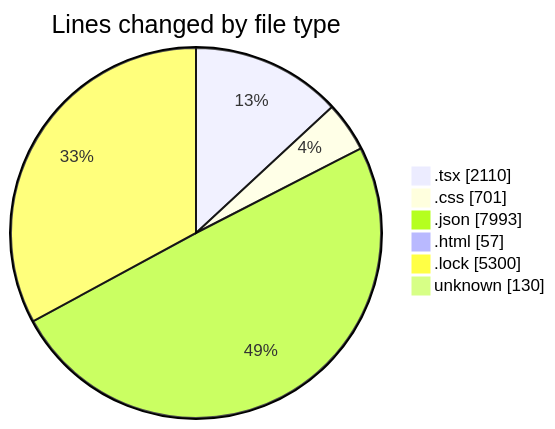
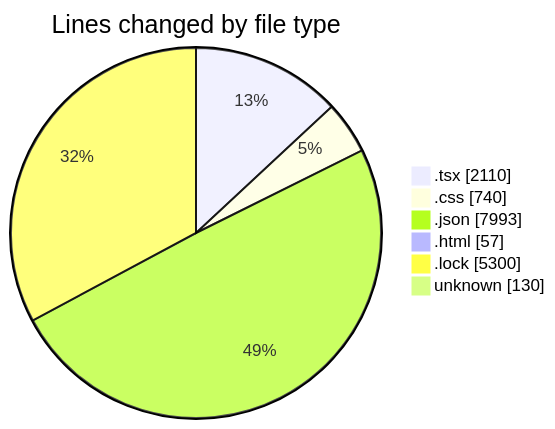
Before and after one commit to EIIisD/code-tracking: the first of 2 diagrams in 2025-08-12/ribbon/README.md, drawn with Mermaid. The commit also changed other lines of this file and 1 other file, not shown here.

````diff
--- a/2025-08-12/ribbon/README.md
+++ b/2025-08-12/ribbon/README.md
@@ -36,10 +36,10 @@
 ```mermaid
 pie showData
 title Lines changed by file type
 ".tsx" : 2110
-".css" : 701
+".css" : 740
 ".json" : 7993
 ".html" : 57
 ".lock" : 5300
 "unknown" : 130
 ```
````
